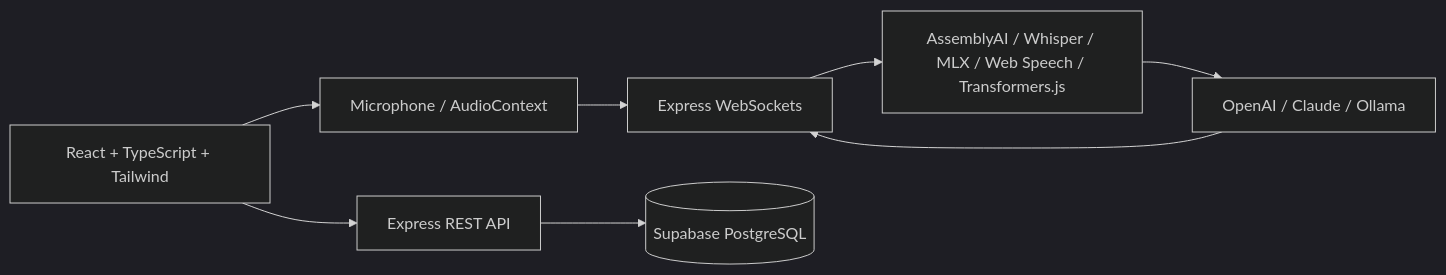
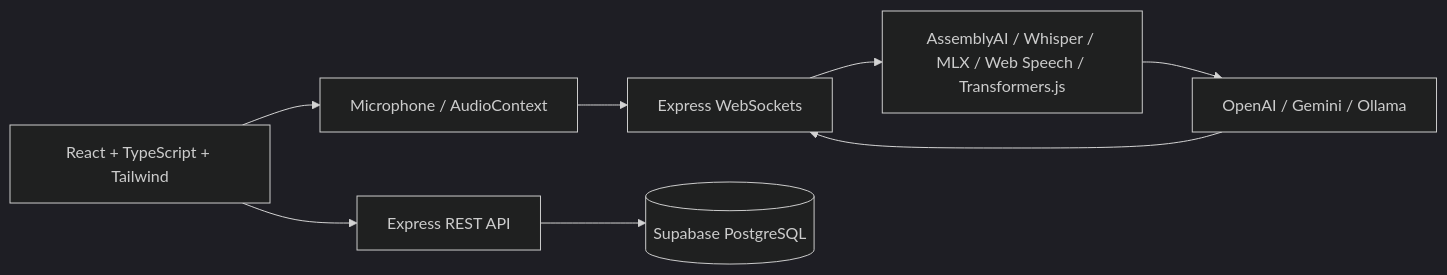
One commit to Michal-Nithesh/Voxora changed the diagram in README.md. Above: the diagram before and after it, drawn with Mermaid (dark theme). The commit also changed other lines of this file and 23 other files, not shown here.

````diff
--- a/README.md
+++ b/README.md
@@ -34,18 +34,18 @@
 ```mermaid
 flowchart LR
   Browser[React + TypeScript + Tailwind]
   Audio[Microphone / AudioContext]
   WS[Express WebSockets]
   API[Express REST API]
   ASR[AssemblyAI / Whisper / MLX / Web Speech / Transformers.js]
-  LLM[OpenAI / Claude / Ollama]
+  LLM[OpenAI / Gemini / Ollama]
   DB[(Supabase PostgreSQL)]
 
   Browser --> Audio
   Audio --> WS
   WS --> ASR
   ASR --> LLM
   LLM --> WS
   Browser --> API
   API --> DB
 ```
````
